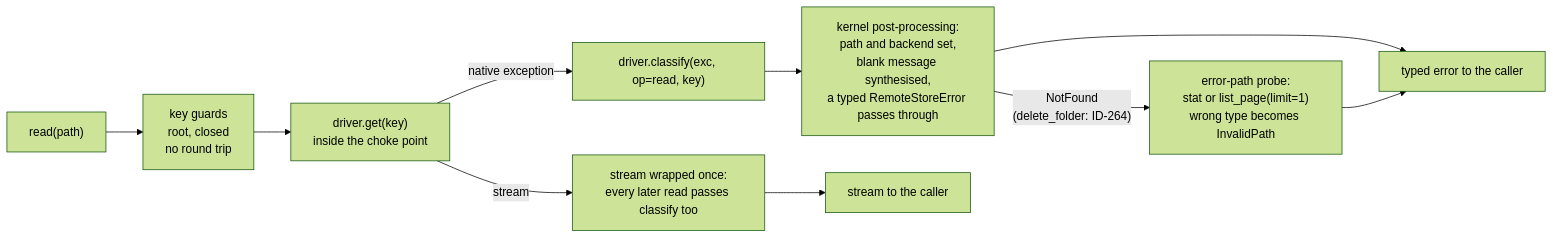
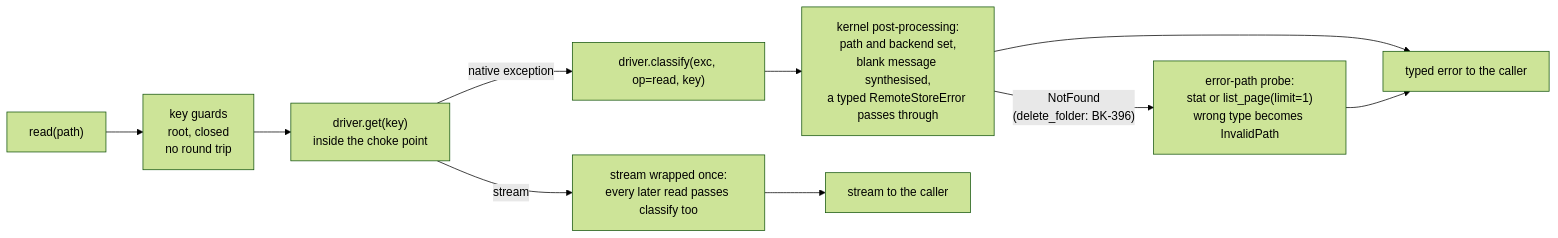
The second of 2 diagrams in sdd/rfcs/rfc-0017-contract-kernel-over-thin-drivers.md (haalfi/remote-store), drawn with Mermaid (forest theme) before and after one commit. The commit also changed other lines of this file and 5 other files, not shown here.

````diff
--- a/sdd/rfcs/rfc-0017-contract-kernel-over-thin-drivers.md
+++ b/sdd/rfcs/rfc-0017-contract-kernel-over-thin-drivers.md
@@ -305,12 +305,12 @@
 ```mermaid
 flowchart LR
   call["read(path)"] --> guard["key guards<br/>root, closed<br/>no round trip"]
   guard --> prim["driver.get(key)<br/>inside the choke point"]
   prim -->|stream| wrap["stream wrapped once:<br/>every later read passes classify too"]
   prim -->|native exception| cls["driver.classify(exc, op=read, key)"]
   cls --> post["kernel post-processing:<br/>path and backend set,<br/>blank message synthesised,<br/>a typed RemoteStoreError passes through"]
-  post -->|"NotFound<br/>(delete_folder: ID-264)"| probe["error-path probe:<br/>stat or list_page(limit=1)<br/>wrong type becomes InvalidPath"]
+  post -->|"NotFound<br/>(delete_folder: BK-396)"| probe["error-path probe:<br/>stat or list_page(limit=1)<br/>wrong type becomes InvalidPath"]
   post --> raise["typed error to the caller"]
   probe --> raise
   wrap --> caller["stream to the caller"]
 ```
````
